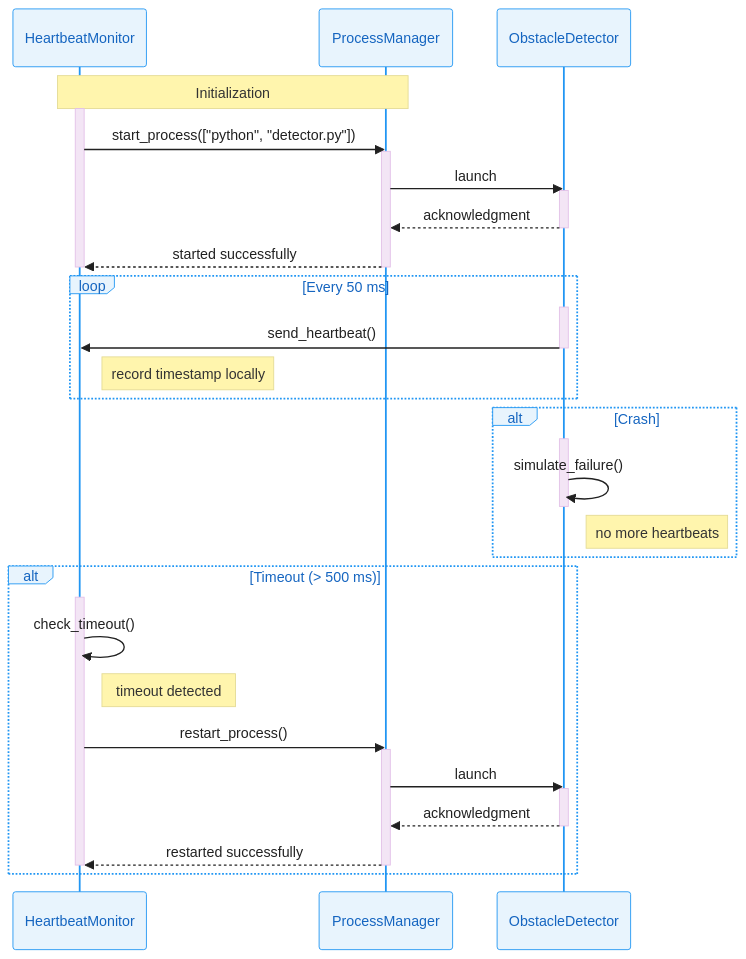
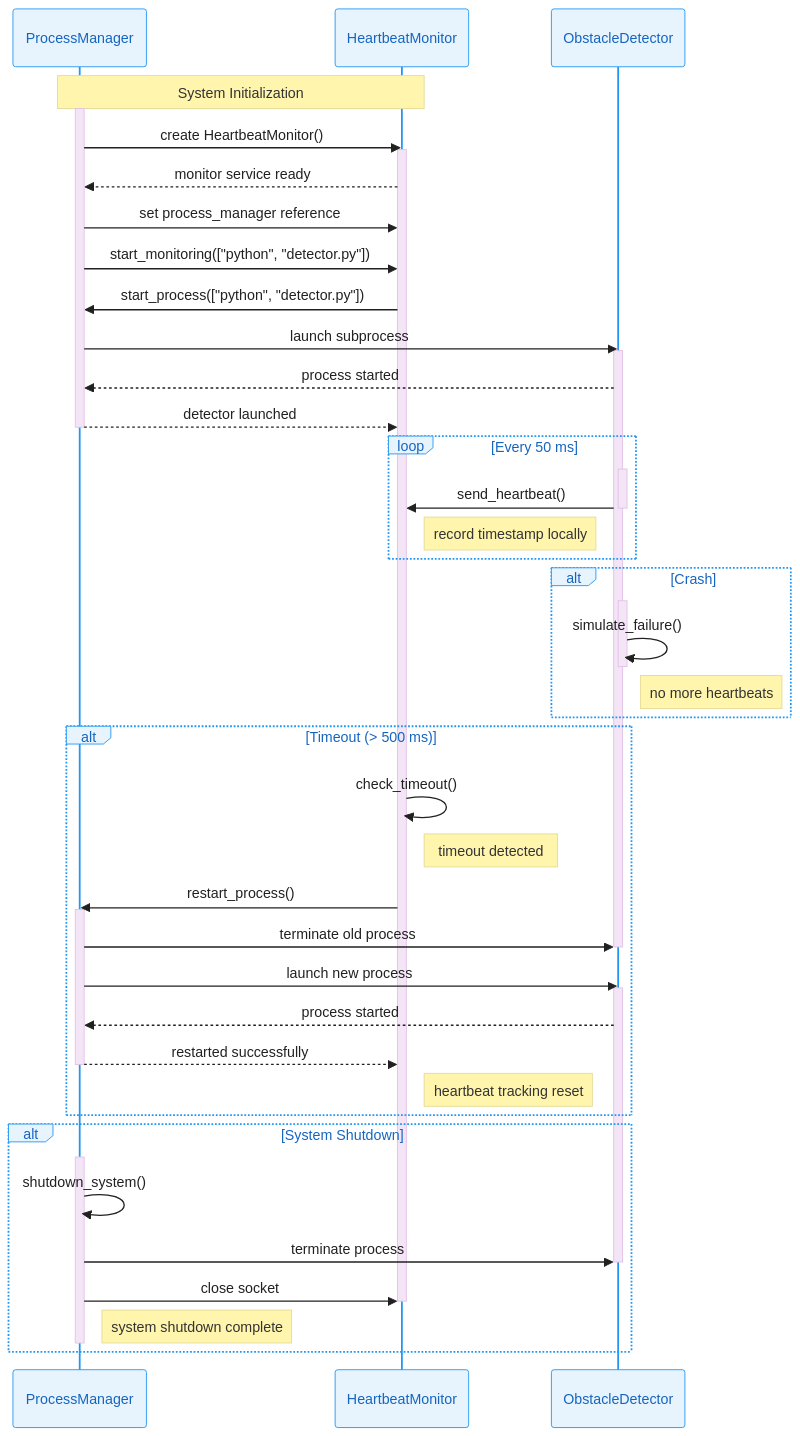
Before and after one commit to ajbarea/heartbeat-obstacle-detector: the diagram in docs/sequence.mermaid, drawn with Mermaid. The commit also changed 10 other files, not shown here.

First line of the commit message:
feat: introduce ProcessManager as system orchestrator

```diff
--- a/docs/sequence.mermaid
+++ b/docs/sequence.mermaid
@@ -1,74 +1,87 @@
 ---
 config:
   theme: 'base'
   themeVariables:
     primaryColor: '#E8F4FD'
     primaryBorderColor: '#2196F3'
     primaryTextColor: '#1565C0'
     secondaryColor: '#F3E5F5'
     secondaryBorderColor: '#9C27B0'
     secondaryTextColor: '#6A1B9A'
     tertiaryColor: '#E8F5E8'
     tertiaryBorderColor: '#4CAF50'
     tertiaryTextColor: '#2E7D32'
     lineColor: '#424242'
     background: '#FAFAFA'
     textColor: '#212121'
     nodeTextColor: '#1565C0'
     edgeLabelBackground: '#FFFFFF'
     clusterBkg: '#F5F5F5'
     clusterBorder: '#BDBDBD'
     fillType0: '#E3F2FD'
     fillType1: '#F3E5F5'
     fillType2: '#E8F5E8'
     fillType3: '#FFF3E0'
     fillType4: '#FCE4EC'
     fillType5: '#F1F8E9'
     fillType6: '#E0F2F1'
     fillType7: '#FFF8E1'
 ---
 sequenceDiagram
+    participant P as ProcessManager
     participant M as HeartbeatMonitor
-    participant P as ProcessManager
     participant W as ObstacleDetector
 
-    Note over M,P: Initialization
+    Note over P,M: System Initialization
+    activate P
+    P->>M: create HeartbeatMonitor()
     activate M
+    M-->>P: monitor service ready
+    P->>M: set process_manager reference
+    P->>M: start_monitoring(["python", "detector.py"])
     M->>P: start_process(["python", "detector.py"])
-    activate P
-    P->>W: launch
+    P->>W: launch subprocess
     activate W
-    W-->>P: acknowledgment
-    deactivate W
-    P-->>M: started successfully
+    W-->>P: process started
+    P-->>M: detector launched
     deactivate P
-    deactivate M
 
     loop Every 50 ms
         activate W
         W->>M: send_heartbeat()
         deactivate W
         Note right of M: record timestamp locally
     end
 
     alt Crash
         activate W
         W->>W: simulate_failure()
         deactivate W
         Note right of W: no more heartbeats
     end
 
     alt Timeout (> 500 ms)
-        activate M
         M->>M: check_timeout()
         Note right of M: timeout detected
         M->>P: restart_process()
         activate P
-        P->>W: launch
+        P->>W: terminate old process
+        deactivate W
+        P->>W: launch new process
         activate W
-        W-->>P: acknowledgment
-        deactivate W
+        W-->>P: process started
         P-->>M: restarted successfully
         deactivate P
+        Note right of M: heartbeat tracking reset
+    end
+
+    alt System Shutdown
+        activate P
+        P->>P: shutdown_system()
+        P->>W: terminate process
+        deactivate W
+        P->>M: close socket
         deactivate M
+        Note right of P: system shutdown complete
+        deactivate P
     end
```
